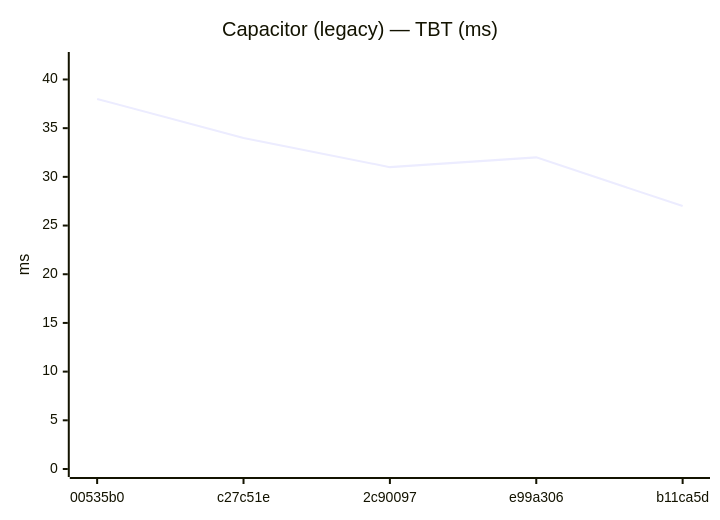
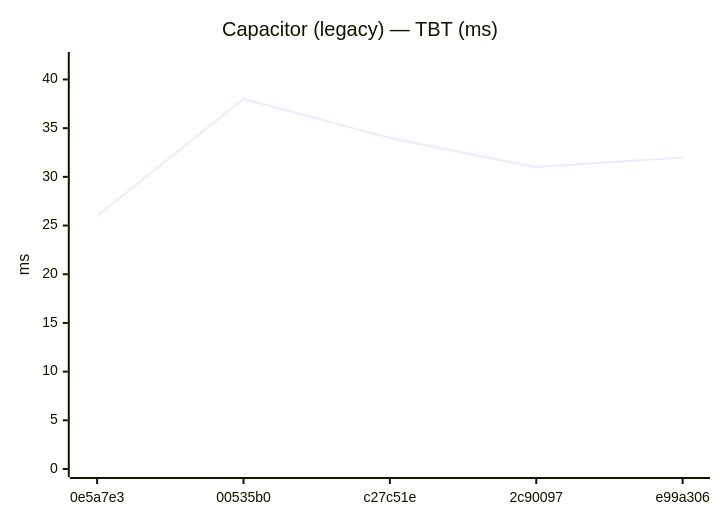
Diagram 14 of 24 in benchmarks/compare.md (Metaheurist/Rianell), drawn with Mermaid before and after one commit. The commit also changed other lines of this file and 12 other files, not shown here.

````diff
--- a/benchmarks/compare.md
+++ b/benchmarks/compare.md
@@ -181,7 +185,7 @@
 ```mermaid
 xychart-beta
     title "Capacitor (legacy) — TBT (ms)"
-    x-axis ["00535b0", "c27c51e", "2c90097", "e99a306", "b11ca5d"]
+    x-axis ["0e5a7e3", "00535b0", "c27c51e", "2c90097", "e99a306"]
     y-axis "ms" 0 --> 42
-    line [38, 34, 31, 32, 27]
+    line [26, 38, 34, 31, 32]
 ```
````
